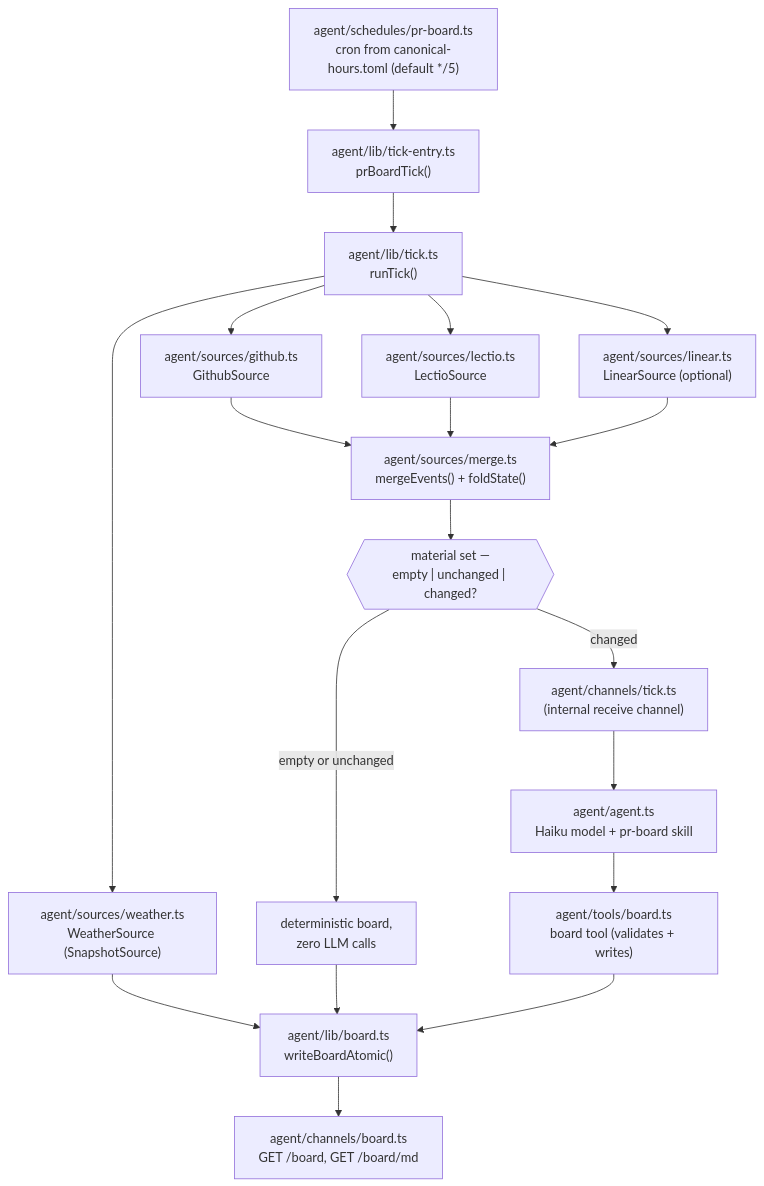
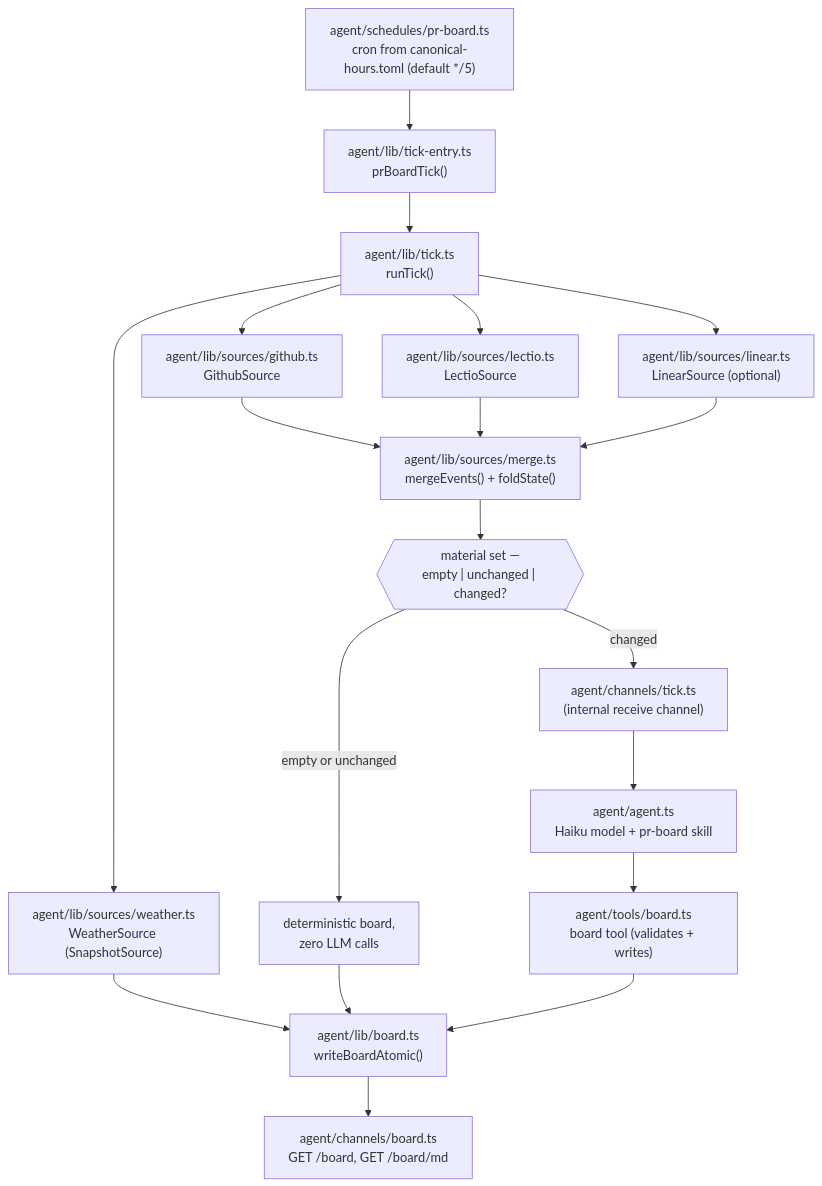
One commit to agentic-research/canonical-hours changed the first of 2 diagrams in docs/ARCHITECTURE.md. Above: the diagram before and after it, drawn with Mermaid. The commit also changed other lines of this file and 23 other files, not shown here.

First line of the commit message:
[canonical-hours-3c90c2] refactor: nest agent/sources/ under agent/lib/sources/

````diff
--- a/docs/ARCHITECTURE.md
+++ b/docs/ARCHITECTURE.md
@@ -16,35 +16,35 @@
 ```mermaid
 graph TB
     CRON["agent/schedules/pr-board.ts<br/>cron from canonical-hours.toml (default */5)"]
     ENTRY["agent/lib/tick-entry.ts<br/>prBoardTick()"]
     TICK["agent/lib/tick.ts<br/>runTick()"]
 
-    GH["agent/sources/github.ts<br/>GithubSource"]
-    LEC["agent/sources/lectio.ts<br/>LectioSource"]
-    LIN["agent/sources/linear.ts<br/>LinearSource (optional)"]
-    MERGE["agent/sources/merge.ts<br/>mergeEvents() + foldState()"]
-    SNAP["agent/sources/weather.ts<br/>WeatherSource (SnapshotSource)"]
+    GH["agent/lib/sources/github.ts<br/>GithubSource"]
+    LEC["agent/lib/sources/lectio.ts<br/>LectioSource"]
+    LIN["agent/lib/sources/linear.ts<br/>LinearSource (optional)"]
+    MERGE["agent/lib/sources/merge.ts<br/>mergeEvents() + foldState()"]
+    SNAP["agent/lib/sources/weather.ts<br/>WeatherSource (SnapshotSource)"]
 
     QUIET{{"material set —<br/>empty | unchanged | changed?"}}
     TEMPLATE["deterministic board,\nzero LLM calls"]
     CHAN["agent/channels/tick.ts<br/>(internal receive channel)"]
     HAIKU["agent/agent.ts<br/>Haiku model + pr-board skill"]
     TOOL["agent/tools/board.ts<br/>board tool (validates + writes)"]
 
     BOARDLIB["agent/lib/board.ts<br/>writeBoardAtomic()"]
     HTTP["agent/channels/board.ts<br/>GET /board, GET /board/md"]
 
     CRON --> ENTRY --> TICK
     TICK --> GH
     TICK --> LEC
     TICK --> LIN
     TICK --> SNAP
     GH --> MERGE
     LEC --> MERGE
     LIN --> MERGE
     MERGE --> QUIET
     SNAP --> BOARDLIB
     QUIET -->|empty or unchanged| TEMPLATE --> BOARDLIB
     QUIET -->|changed| CHAN --> HAIKU --> TOOL --> BOARDLIB
     BOARDLIB --> HTTP
 ```
````
